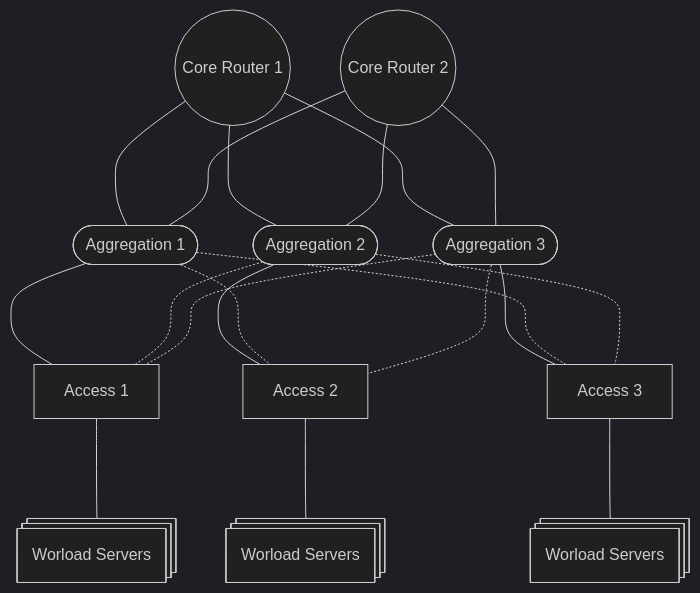
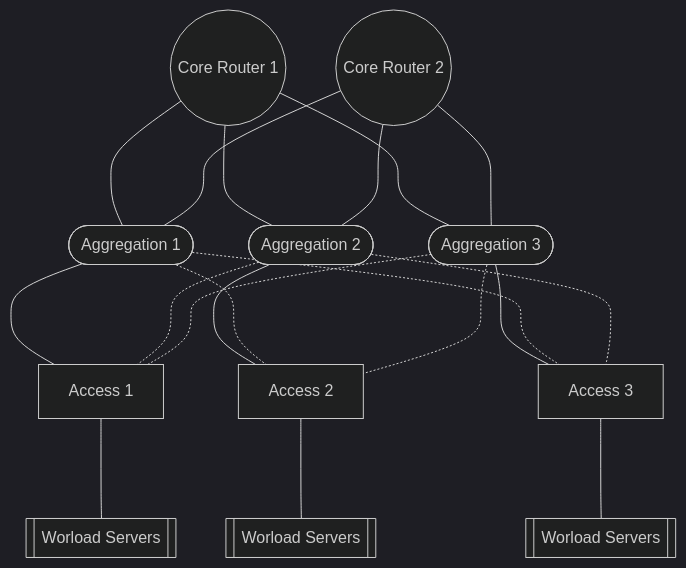
One commit to githedgehog/docs changed the second of 2 diagrams in docs/faq/overview.md. Above: the diagram before and after it, drawn with Mermaid (dark theme). The commit also changed other lines of this file, not shown here.

Commit message:
use different shape for older version of mermaid

````diff
--- a/docs/faq/overview.md
+++ b/docs/faq/overview.md
@@ -38,27 +38,27 @@
 ```mermaid
 graph TD
     CG1((Core Router 1))
     CG2((Core Router 2))
     AG1([Aggregation 1])
     AG2([Aggregation 2])
     AG3([Aggregation 3])
     A1[Access 1]
     A2[Access 2]
     A3[Access 3]
-    WS1@{ shape: procs, label: "Worload Servers" }
-    WS2@{ shape: procs, label: "Worload Servers" }
-    WS3@{ shape: procs, label: "Worload Servers" }
+    WS1[[Worload Servers]]
+    WS2[[Worload Servers]]
+    WS3[[Worload Servers]]
 
     CG1 ---- AG1 & AG2 & AG3
     CG2 ---- AG1 & AG2 & AG3
     AG1 ---- A1 
     AG2 ---- A2 
     AG3 ---- A3 
     AG1 -..- A2 & A3
     AG2 -..- A1 & A3
     AG3 -..- A1 & A2
     A1 ---- WS1
     A2 ---- WS2
     A3 ---- WS3
 
 ```
````
